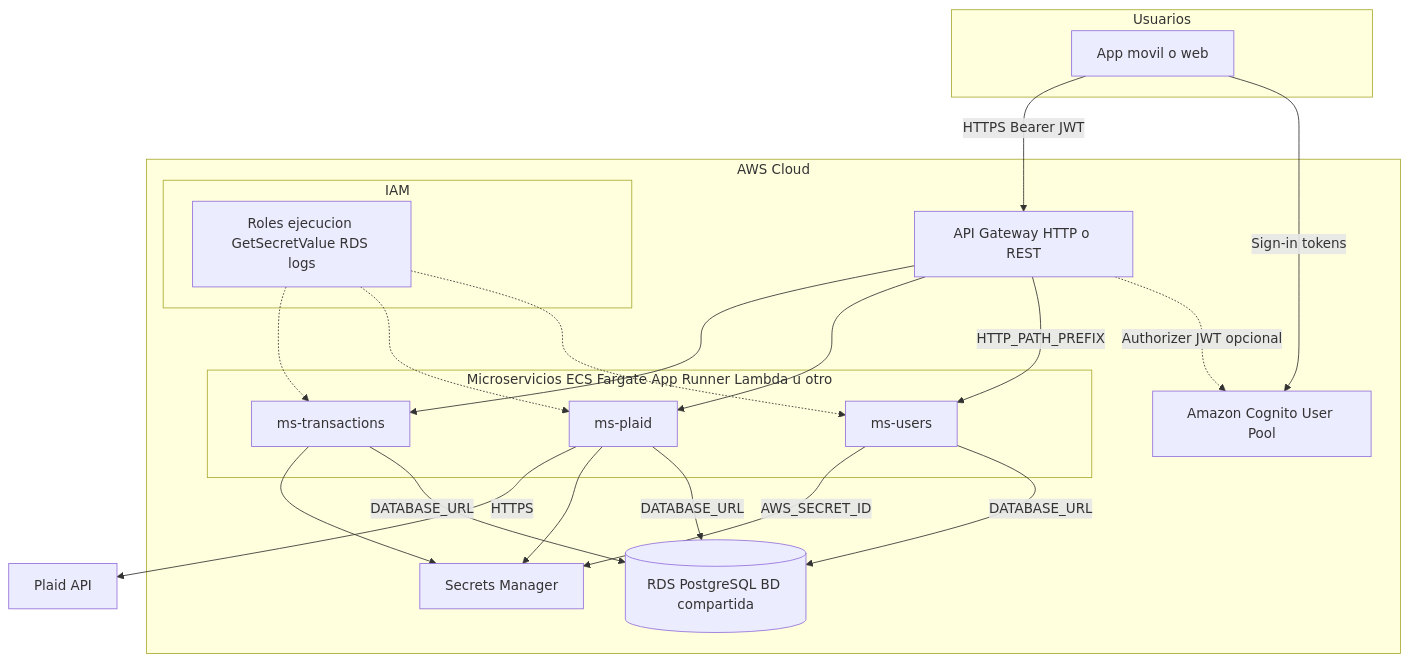
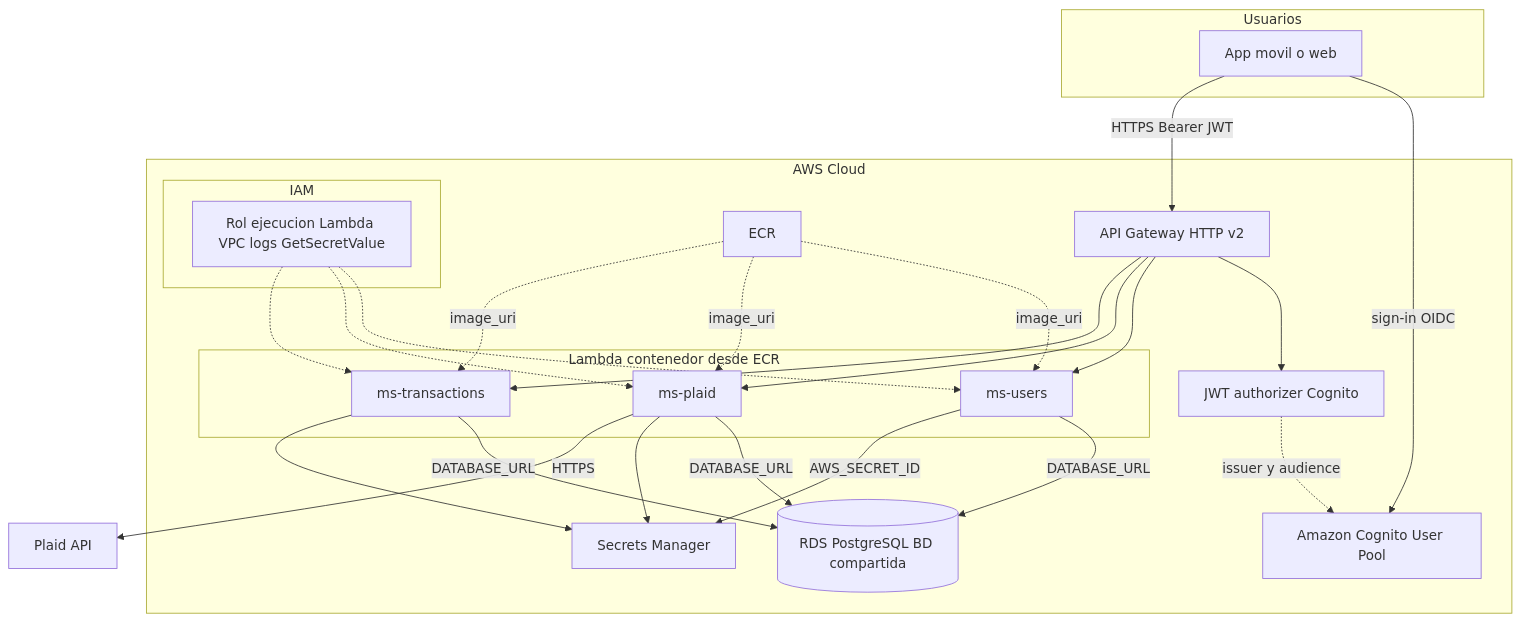
Before and after one commit to refactored-team/finexa-ia: the fourth of 4 diagrams in README.md, drawn with Mermaid. The commit also changed other lines of this file and 1 other file, not shown here.

First line of the commit message:
Update README and infrastructure documentation with new architecture diagrams and deployment details

````diff
--- a/README.md
+++ b/README.md
@@ -129,48 +171,55 @@
 ```mermaid
 flowchart TB
   subgraph users [Usuarios]
     app[App movil o web]
   end
 
   subgraph aws [AWS Cloud]
     cognito[Amazon Cognito User Pool]
-    apig[API Gateway HTTP o REST]
+    apig[API Gateway HTTP v2]
+    jwt[JWT authorizer Cognito]
+    ecr[ECR]
 
-    subgraph compute [Microservicios ECS Fargate App Runner Lambda u otro]
+    subgraph lambdaFns [Lambda contenedor desde ECR]
       svcUsers[ms-users]
       svcPlaid[ms-plaid]
       svcTx[ms-transactions]
     end
 
     sm[Secrets Manager]
     rds[(RDS PostgreSQL BD compartida)]
 
     subgraph iam [IAM]
-      taskRole[Roles ejecucion GetSecretValue RDS logs]
+      lambdaRole[Rol ejecucion Lambda VPC logs GetSecretValue]
     end
   end
 
   plaid[Plaid API]
 
-  app -->|Sign-in tokens| cognito
-  apig -.->|Authorizer JWT opcional| cognito
+  app -->|sign-in OIDC| cognito
+  app -->|HTTPS Bearer JWT| apig
+  apig --> jwt
+  jwt -.->|issuer y audience| cognito
 
-  app -->|HTTPS Bearer JWT| apig
-  apig -->|HTTP_PATH_PREFIX| svcUsers
+  apig --> svcUsers
   apig --> svcPlaid
   apig --> svcTx
+
+  ecr -.->|image_uri| svcUsers
+  ecr -.->|image_uri| svcPlaid
+  ecr -.->|image_uri| svcTx
 
   svcUsers -->|DATABASE_URL| rds
   svcPlaid -->|DATABASE_URL| rds
   svcTx -->|DATABASE_URL| rds
 
   svcUsers -->|AWS_SECRET_ID| sm
   svcPlaid --> sm
   svcTx --> sm
 
-  taskRole -.-> svcUsers
-  taskRole -.-> svcPlaid
-  taskRole -.-> svcTx
+  lambdaRole -.-> svcUsers
+  lambdaRole -.-> svcPlaid
+  lambdaRole -.-> svcTx
 
   svcPlaid -->|HTTPS| plaid
 ```
````
